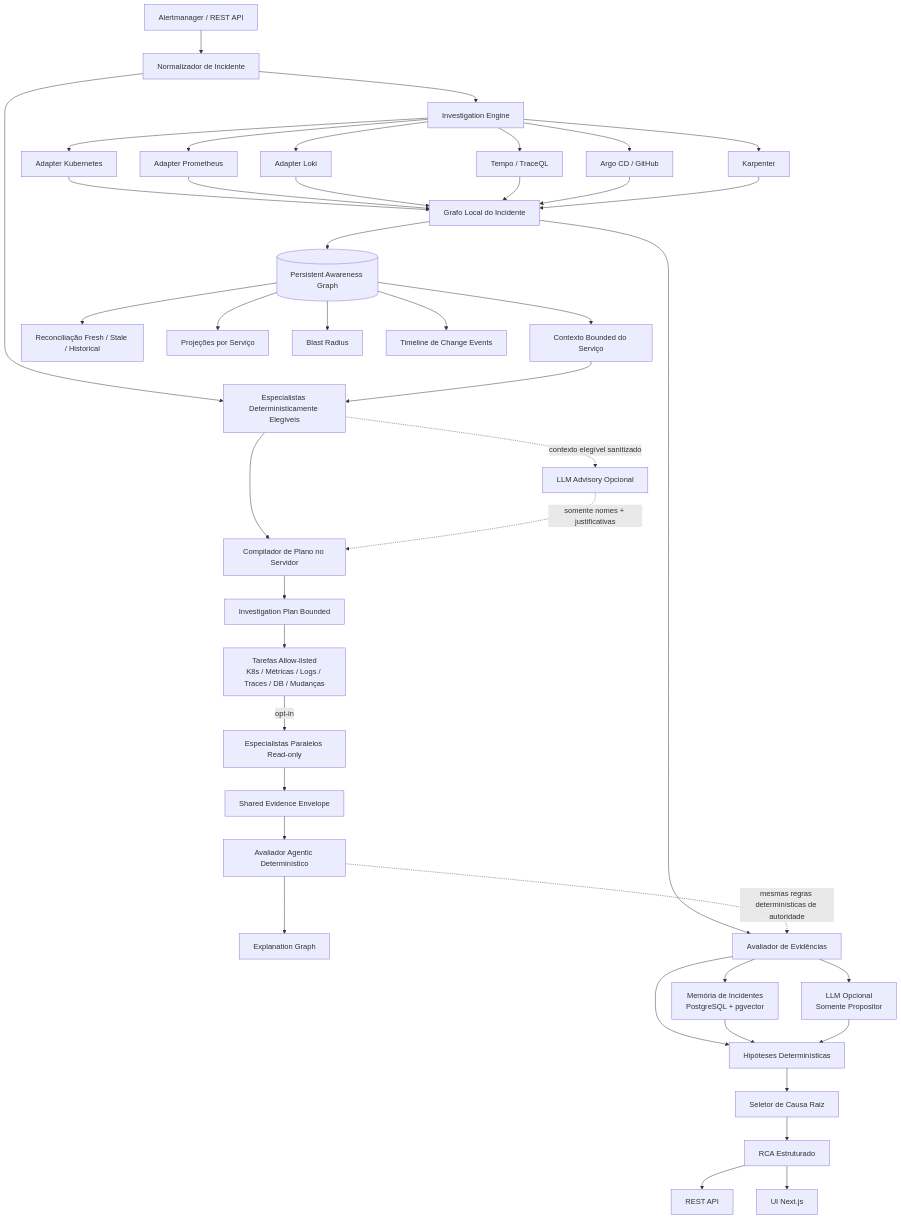
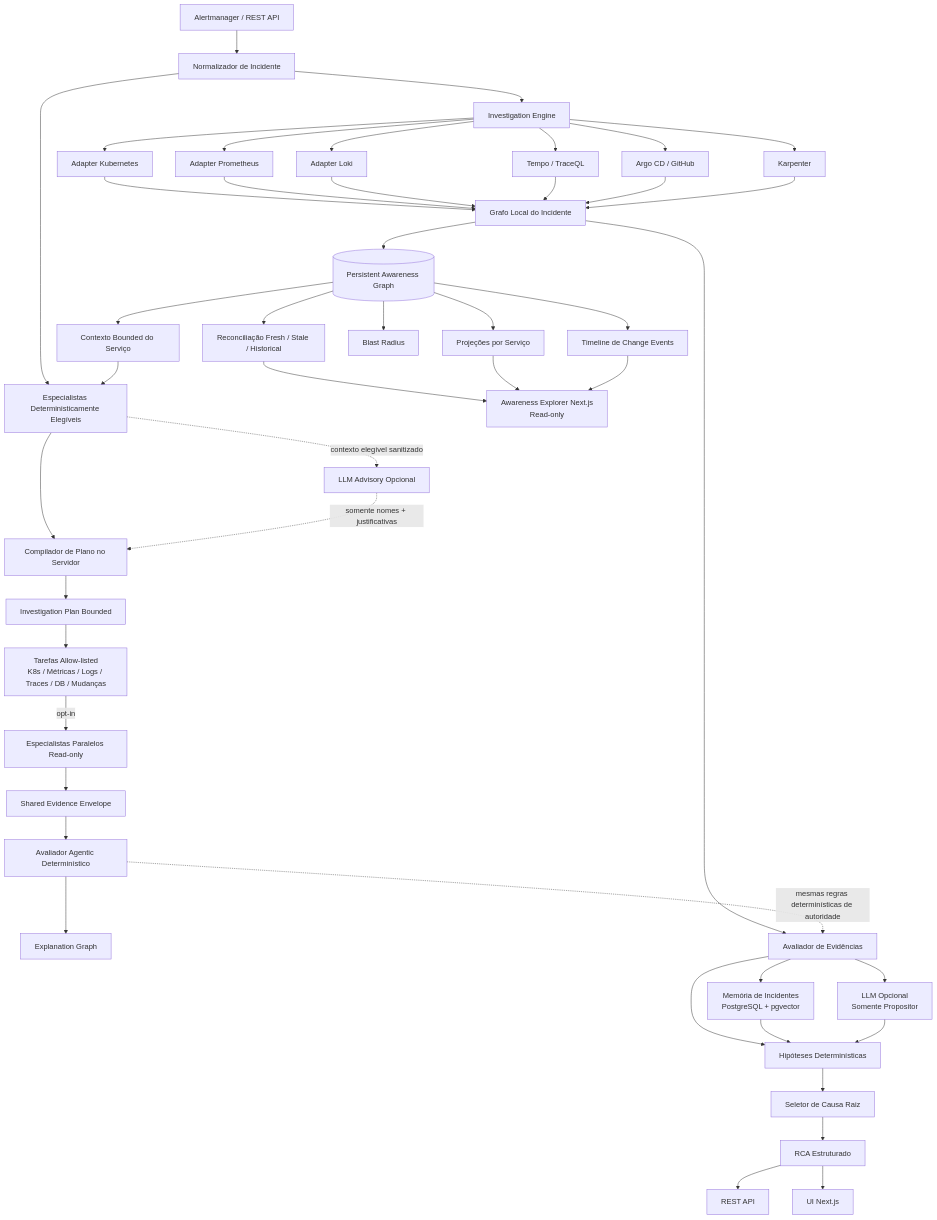
Before and after one commit to marcocristofolini/ai-sre-rca: the first of 22 diagrams in docs/architecture.pt-BR.md, drawn with Mermaid.

Commit message:
docs: adiciona Awareness Explorer à arquitetura

````diff
--- a/docs/architecture.pt-BR.md
+++ b/docs/architecture.pt-BR.md
@@ -7,50 +7,53 @@
 ```mermaid
 flowchart TD
     A[Alertmanager / REST API] --> N[Normalizador de Incidente]
     N --> EL[Especialistas Deterministicamente Elegíveis]
     N --> I[Investigation Engine]
 
     PAG[(Persistent Awareness Graph)] --> CTX[Contexto Bounded do Serviço]
     CTX --> EL
     EL --> COMP[Compilador de Plano no Servidor]
     EL -. contexto elegível sanitizado .-> MPL[LLM Advisory Opcional]
     MPL -. somente nomes + justificativas .-> COMP
     COMP --> PLAN[Investigation Plan Bounded]
     PLAN --> PT[Tarefas Allow-listed<br/>K8s / Métricas / Logs / Traces / DB / Mudanças]
     PT -->|opt-in| ORCH[Especialistas Paralelos Read-only]
     ORCH --> SE[Shared Evidence Envelope]
     SE --> AE[Avaliador Agentic Determinístico]
     AE --> XG[Explanation Graph]
 
     I --> K[Adapter Kubernetes]
     I --> P[Adapter Prometheus]
     I --> L[Adapter Loki]
     I --> T[Tempo / TraceQL]
     I --> AR[Argo CD / GitHub]
     I --> KA[Karpenter]
 
     K --> LG[Grafo Local do Incidente]
     P --> LG
     L --> LG
     T --> LG
     AR --> LG
     KA --> LG
 
     LG --> EV[Avaliador de Evidências]
     AE -. mesmas regras determinísticas de autoridade .-> EV
     LG --> PAG
     PAG --> REC[Reconciliação Fresh / Stale / Historical]
     PAG --> SV[Projeções por Serviço]
     PAG --> BR[Blast Radius]
     PAG --> CE[Timeline de Change Events]
+    REC --> AUI[Awareness Explorer Next.js<br/>Read-only]
+    SV --> AUI
+    CE --> AUI
 
     EV --> H[Hipóteses Determinísticas]
     EV --> MEM[Memória de Incidentes<br/>PostgreSQL + pgvector]
     EV --> LLM[LLM Opcional<br/>Somente Propositor]
     MEM --> H
     LLM --> H
     H --> RC[Seletor de Causa Raiz]
     RC --> RCA[RCA Estruturado]
     RCA --> API[REST API]
     RCA --> UI[UI Next.js]
 ```
````
